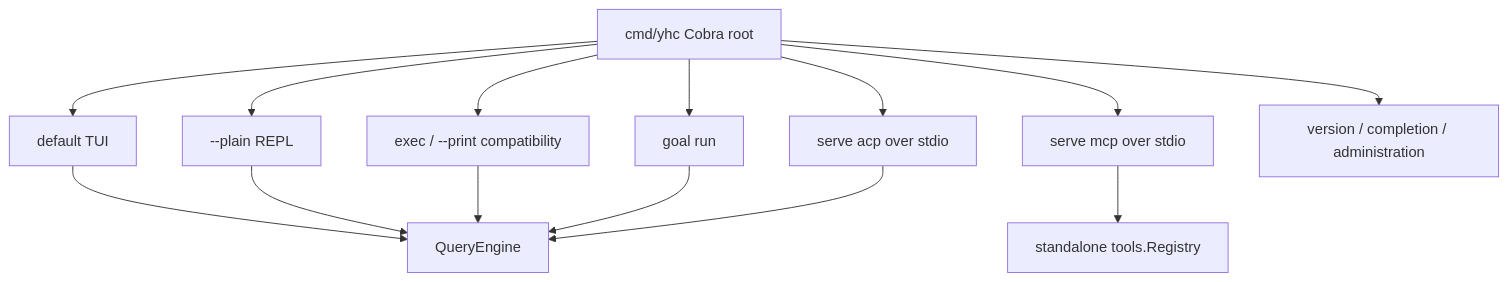
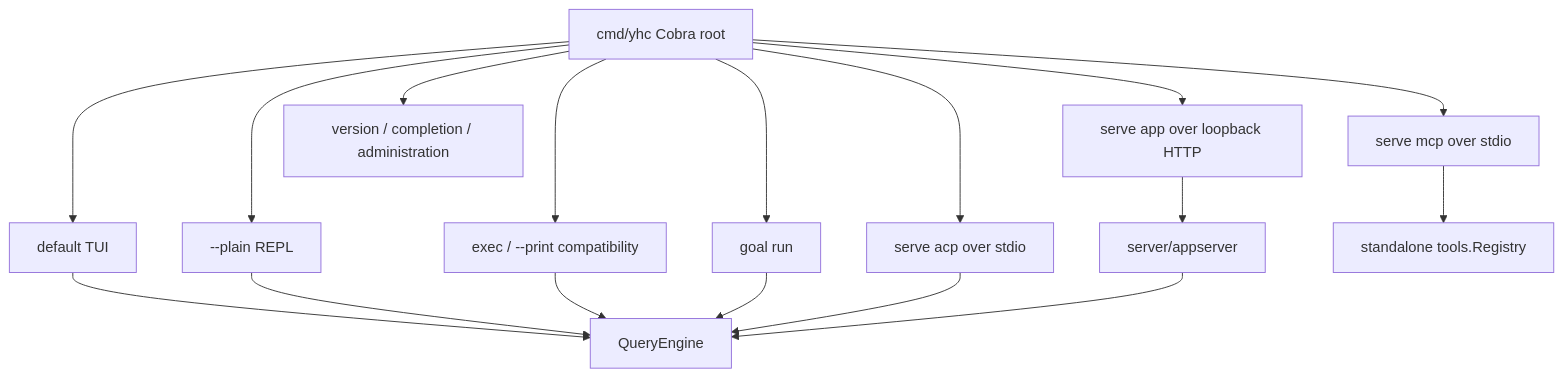
One commit to abietic/yhc changed the diagram in docs/architecture/platform/entrypoints-and-transports.md. Above: the diagram before and after it, drawn with Mermaid. The commit also changed other lines of this file and 187 other files, not shown here.

````diff
--- a/docs/architecture/platform/entrypoints-and-transports.md
+++ b/docs/architecture/platform/entrypoints-and-transports.md
@@ -14,18 +14,21 @@
 ```mermaid
 flowchart TD
     accTitle: Executable entrypoints and runtime owners
     accDescr: Conversation, Goal, and ACP processes create QueryEngine instances; standalone MCP creates only a direct tool registry.
     Cobra["cmd/yhc Cobra root"] --> TUI["default TUI"]
     Cobra --> Plain["--plain REPL"]
     Cobra --> Headless["exec / --print compatibility"]
     Cobra --> GoalRun["goal run"]
     Cobra --> ACP["serve acp over stdio"]
+    Cobra --> App["serve app over loopback HTTP"]
     Cobra --> MCP["serve mcp over stdio"]
     Cobra --> Admin["version / completion / administration"]
     TUI --> Engine["QueryEngine"]
     Plain --> Engine
     Headless --> Engine
     GoalRun --> Engine
     ACP --> Engine
+    App --> AppServer["server/appserver"]
+    AppServer --> Engine
     MCP --> Registry["standalone tools.Registry"]
 ```
````
